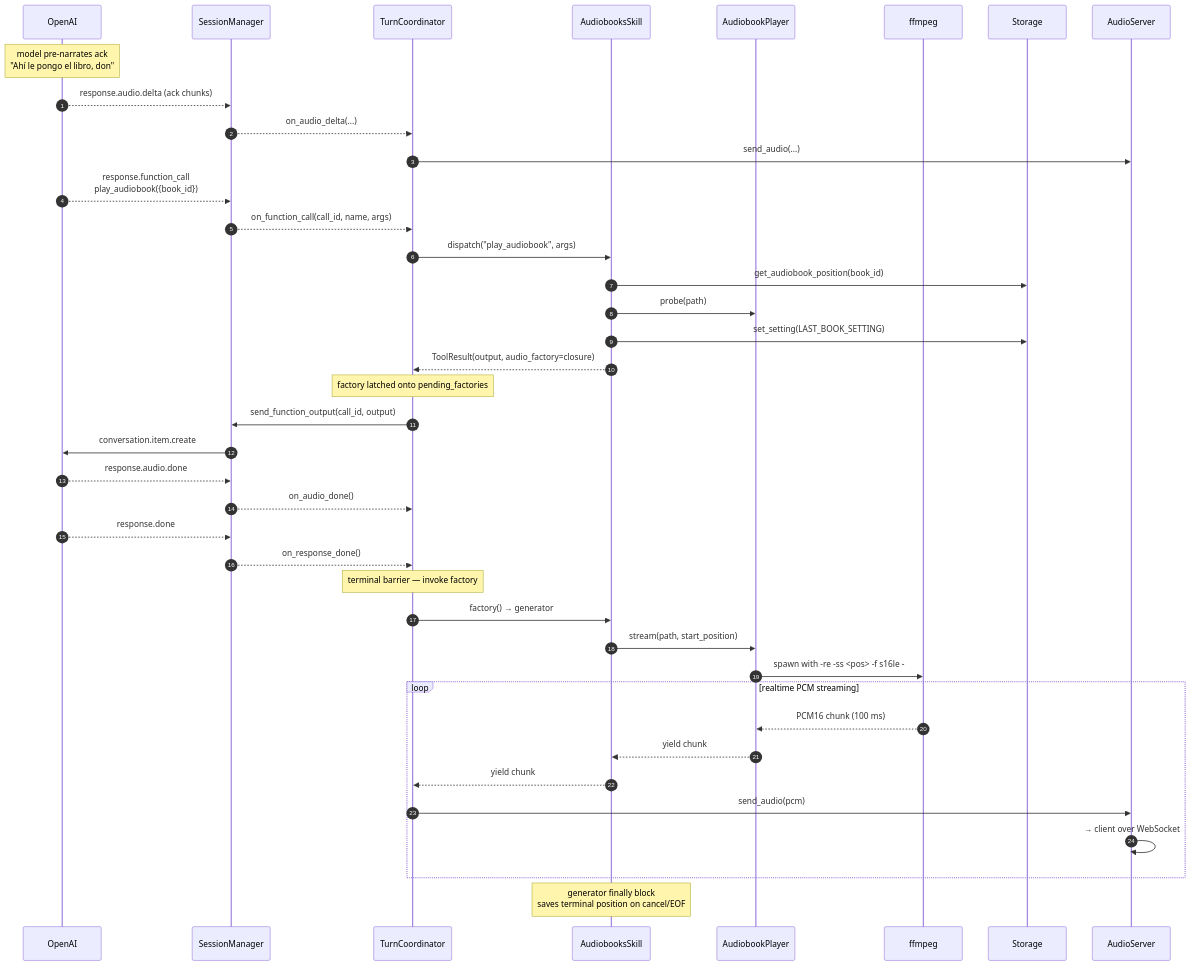
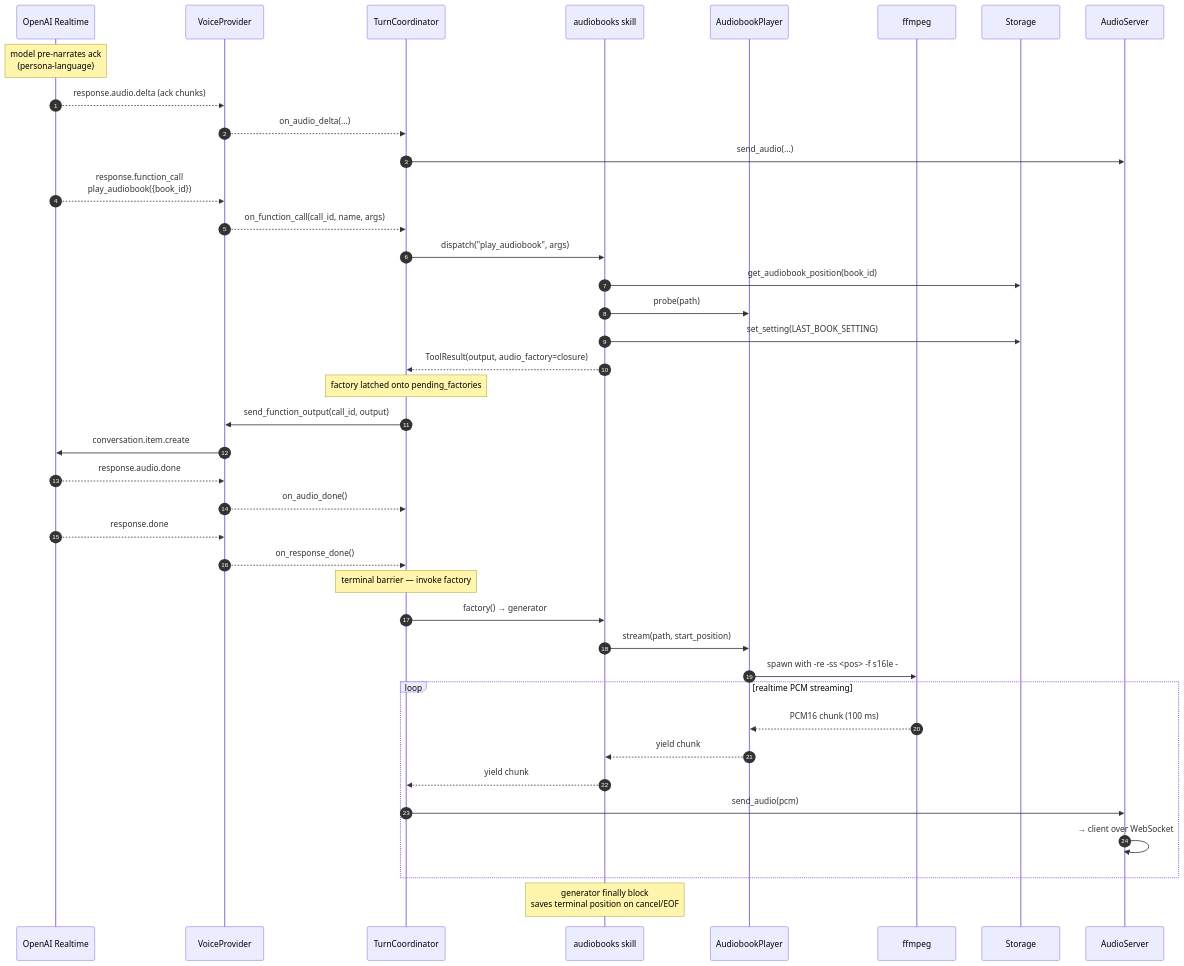
Before and after one commit to ma-r-s/Huxley: the fourth of 5 diagrams in docs/architecture.md, drawn with Mermaid. The commit also changed other lines of this file and 12 other files, not shown here.

````diff
--- a/docs/architecture.md
+++ b/docs/architecture.md
@@ -116,43 +128,43 @@
 ```mermaid
 sequenceDiagram
     autonumber
-    participant OpenAI
-    participant Sess as SessionManager
+    participant LLM as OpenAI Realtime
+    participant Sess as VoiceProvider
     participant Coord as TurnCoordinator
-    participant Skill as AudiobooksSkill
+    participant Skill as audiobooks skill
     participant Player as AudiobookPlayer
     participant Ffmpeg as ffmpeg
     participant DB as Storage
     participant WS as AudioServer
 
-    Note over OpenAI: model pre-narrates ack<br/>"Ahí le pongo el libro, don"
-    OpenAI-->>Sess: response.audio.delta (ack chunks)
+    Note over LLM: model pre-narrates ack<br/>(persona-language)
+    LLM-->>Sess: response.audio.delta (ack chunks)
     Sess-->>Coord: on_audio_delta(...)
     Coord->>WS: send_audio(...)
-    OpenAI-->>Sess: response.function_call<br/>play_audiobook({book_id})
+    LLM-->>Sess: response.function_call<br/>play_audiobook({book_id})
     Sess-->>Coord: on_function_call(call_id, name, args)
     Coord->>Skill: dispatch("play_audiobook", args)
     Skill->>DB: get_audiobook_position(book_id)
     Skill->>Player: probe(path)
     Skill->>DB: set_setting(LAST_BOOK_SETTING)
     Skill-->>Coord: ToolResult(output, audio_factory=closure)
     Note over Coord: factory latched onto pending_factories
     Coord->>Sess: send_function_output(call_id, output)
-    Sess->>OpenAI: conversation.item.create
-    OpenAI-->>Sess: response.audio.done
+    Sess->>LLM: conversation.item.create
+    LLM-->>Sess: response.audio.done
     Sess-->>Coord: on_audio_done()
-    OpenAI-->>Sess: response.done
+    LLM-->>Sess: response.done
     Sess-->>Coord: on_response_done()
     Note over Coord: terminal barrier — invoke factory
     Coord->>Skill: factory() → generator
     Skill->>Player: stream(path, start_position)
     Player->>Ffmpeg: spawn with -re -ss <pos> -f s16le -
     loop realtime PCM streaming
         Ffmpeg-->>Player: PCM16 chunk (100 ms)
         Player-->>Skill: yield chunk
         Skill-->>Coord: yield chunk
         Coord->>WS: send_audio(pcm)
         WS->>WS: → client over WebSocket
     end
     Note over Skill: generator finally block<br/>saves terminal position on cancel/EOF
 ```
````
